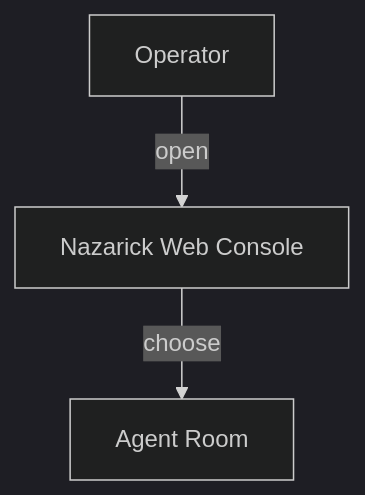
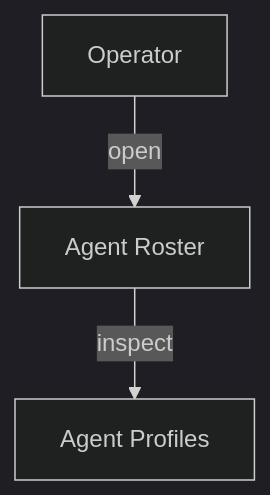
One commit to DINGIRABZU/ABZU changed the second of 2 diagrams in docs/operator_interface_GUIDE.md. Above: the diagram before and after it, drawn with Mermaid (dark theme). The commit also changed other lines of this file and 1 other file, not shown here.

Commit message:
docs: document mermaid onboarding update\n\nI did convert operator onboarding screenshots to Mermaid diagrams for voice selection and agent roster review to obtain editable text-based visuals, expecting easier maintenance and consistent rendering.

````diff
--- a/docs/operator_interface_GUIDE.md
+++ b/docs/operator_interface_GUIDE.md
@@ -14,5 +22,5 @@
 ```mermaid
 flowchart TD
-    Operator -->|open| Console[Nazarick Web Console]
-    Console -->|choose| Agent[Agent Room]
+    Operator -->|open| Roster[Agent Roster]
+    Roster -->|inspect| Agent[Agent Profiles]
 ```
````
